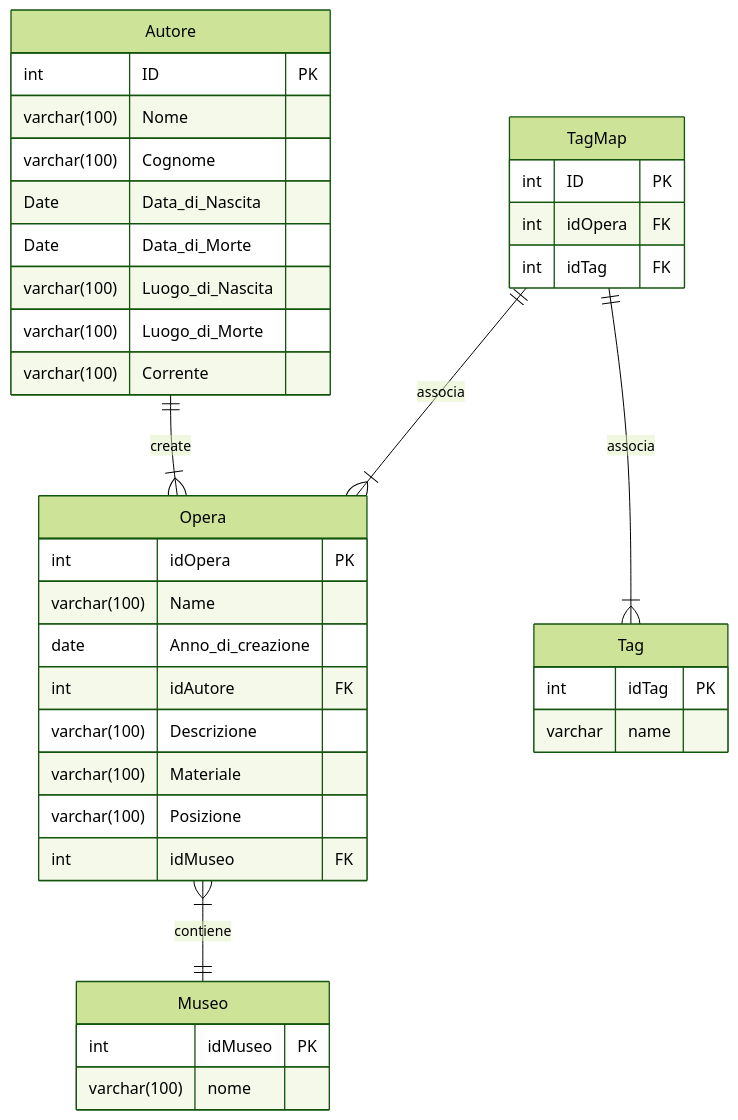
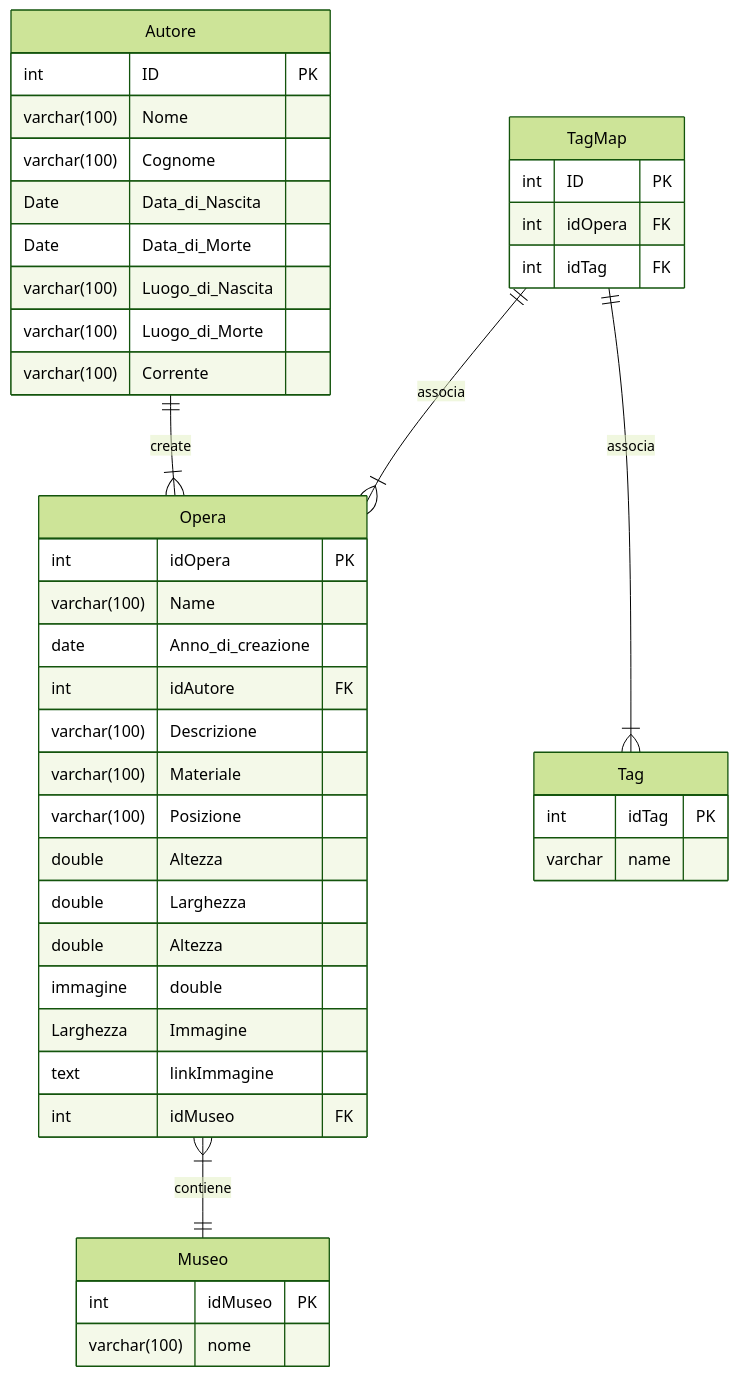
The diagram in Analisi/brainstorming.md (cvzzo/OnlyMuseum), drawn with Mermaid (forest theme) before and after one commit. The commit also changed other lines of this file, not shown here.

Commit message:
Update brainstorming.md
fixed types in database

````diff
--- a/Analisi/brainstorming.md
+++ b/Analisi/brainstorming.md
@@ -44,50 +46,55 @@
 ```mermaid
 erDiagram
     Opera {
         int idOpera PK
         varchar(100) Name
         date Anno_di_creazione
         int idAutore FK
         varchar(100) Descrizione
         varchar(100) Materiale
         varchar(100) Posizione
+        double Altezza
+        double Larghezza
+        double Altezza immagine
+        double Larghezza Immagine
+        text linkImmagine
         int idMuseo FK
         }
     Autore ||--|{ Opera:create
     Autore {
         int ID PK
         varchar(100) Nome
         varchar(100) Cognome
         Date Data_di_Nascita
         Date Data_di_Morte
         varchar(100) Luogo_di_Nascita
         varchar(100) Luogo_di_Morte
         varchar(100) Corrente
         }
     
     Museo {
         int idMuseo PK
         varchar(100) nome
     }
    
    Opera }|--|| Museo:contiene
 
     
     TagMap{
         int ID PK
         int idOpera FK
         int idTag FK
     }
 
     TagMap || -- |{ Tag: associa
 
     TagMap || -- |{ Opera: associa
 
 
     Tag{
     int idTag PK
     varchar name
     }
 
     
 ```
````
